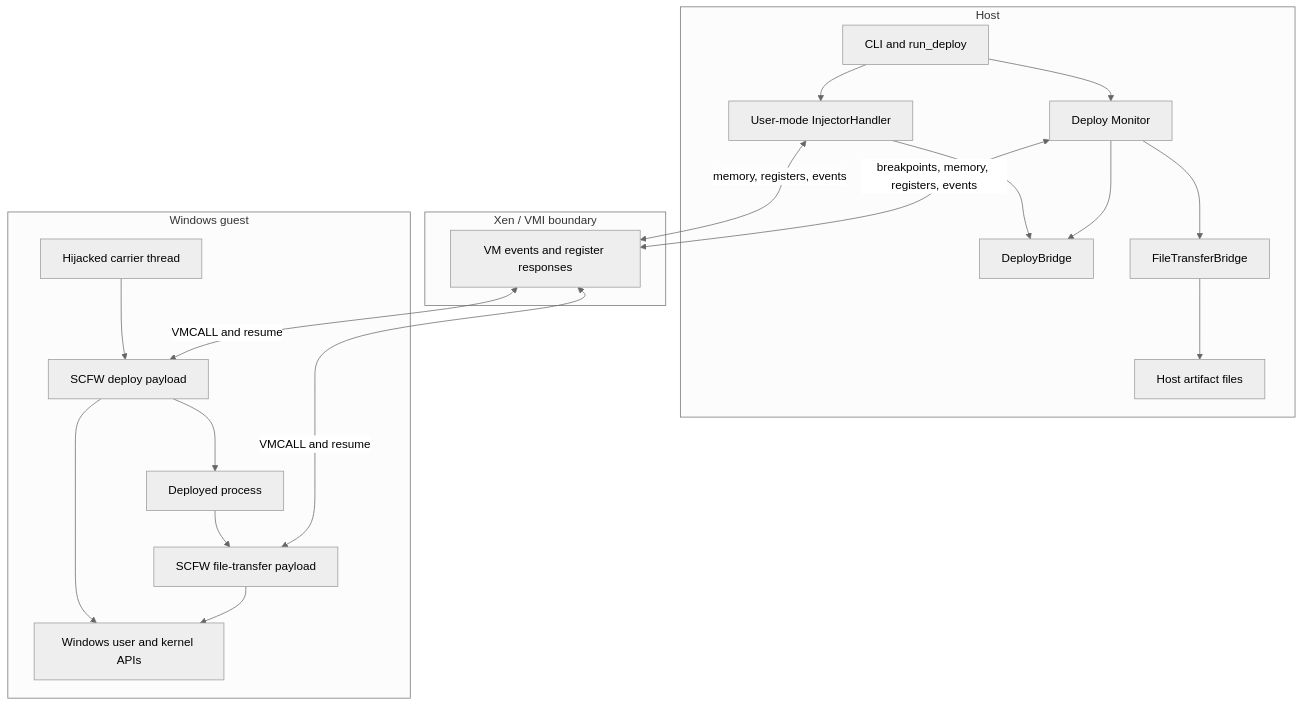
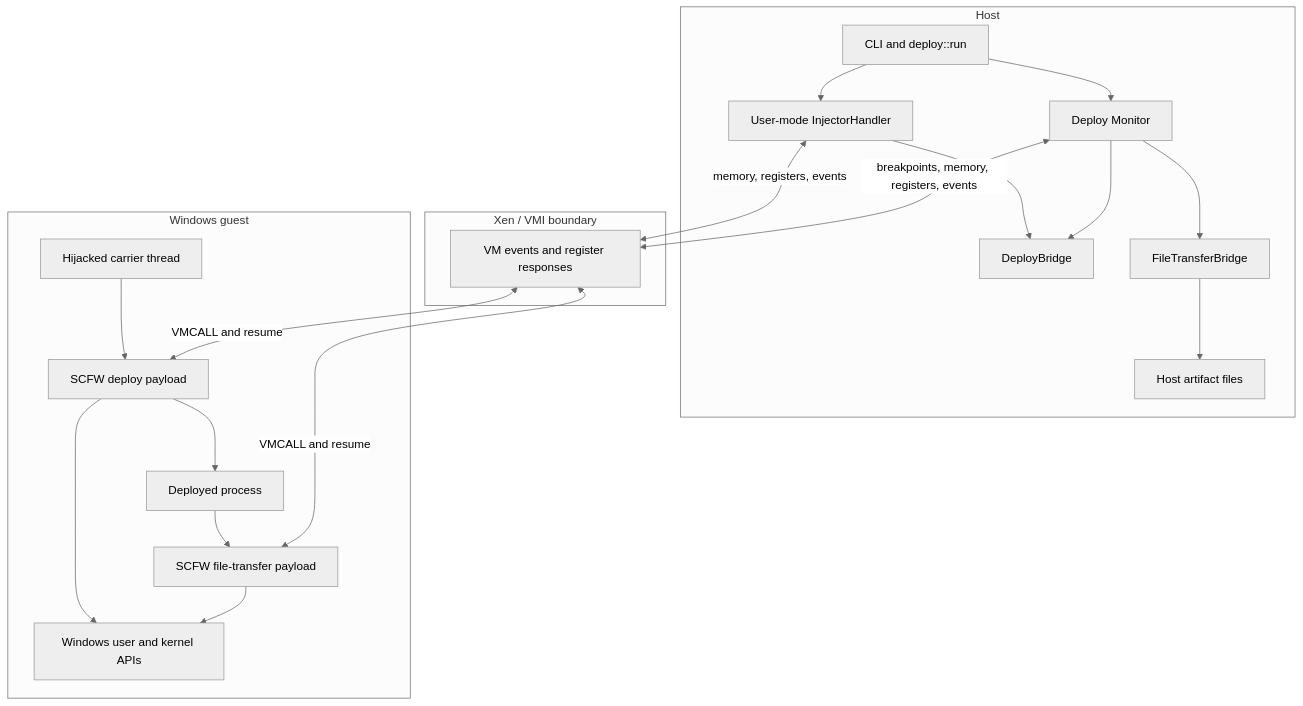
Before and after one commit to vmi-rs/vmi: the second of 3 diagrams in examples/windows-bridge/README.md, drawn with Mermaid (neutral theme). The commit also changed other lines of this file and 18 other files, not shown here.

````diff
--- a/examples/windows-bridge/README.md
+++ b/examples/windows-bridge/README.md
@@ -36,39 +36,39 @@
 ```mermaid
 flowchart TB
     subgraph H[Host]
-        Main[CLI and run_deploy]
+        Main[CLI and deploy::run]
         Injector[User-mode InjectorHandler]
         Monitor[Deploy Monitor]
         DB[DeployBridge]
         FB[FileTransferBridge]
         Output[Host artifact files]
         Main --> Injector
         Main --> Monitor
         Injector --> DB
         Monitor --> DB
         Monitor --> FB
         FB --> Output
     end
 
     subgraph X[Xen / VMI boundary]
         Event[VM events and register responses]
     end
 
     subgraph G[Windows guest]
         Carrier[Hijacked carrier thread]
         Deploy[SCFW deploy payload]
         Child[Deployed process]
         Transfer[SCFW file-transfer payload]
         APIs[Windows user and kernel APIs]
         Carrier --> Deploy
         Deploy --> APIs
         Deploy --> Child
         Child --> Transfer
         Transfer --> APIs
     end
 
     Injector <-->|memory, registers, events| Event
     Monitor <-->|breakpoints, memory, registers, events| Event
     Event <-->|VMCALL and resume| Deploy
     Event <-->|VMCALL and resume| Transfer
 ```
````
